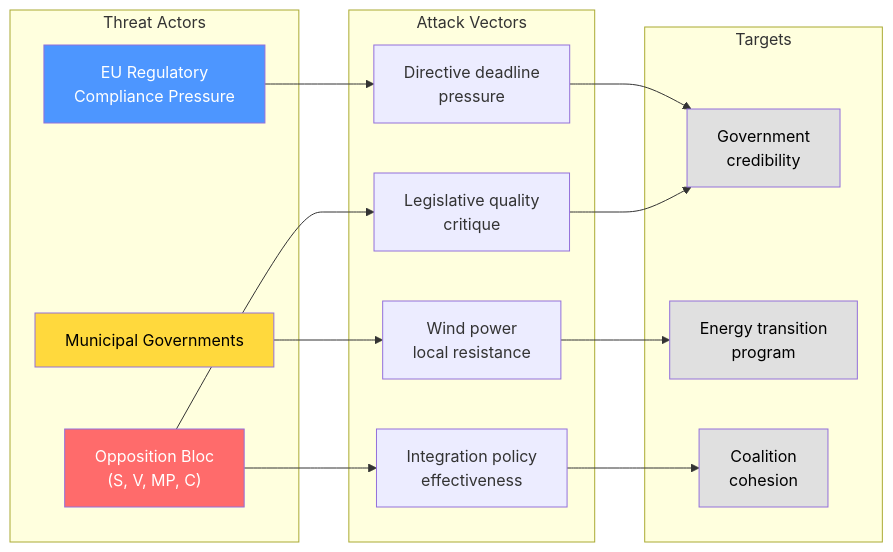
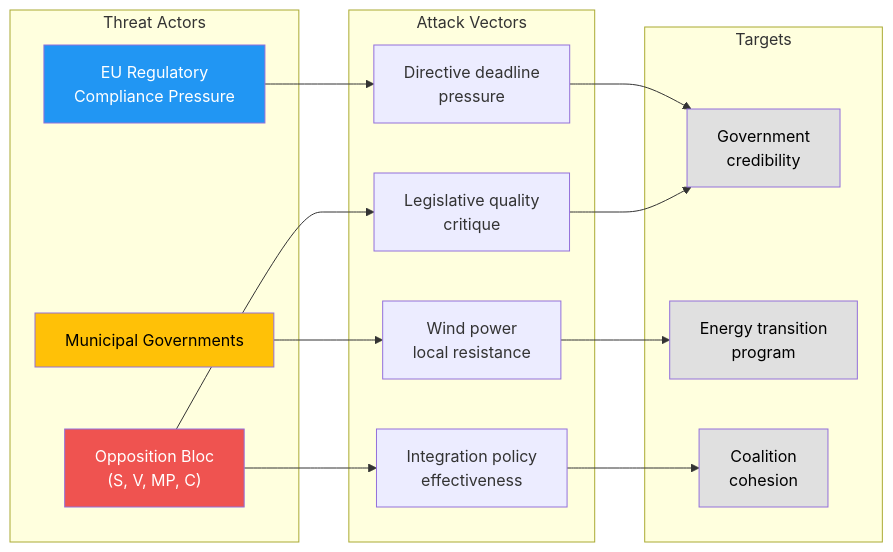
The diagram in analysis/daily/2026-04-14/realtime-1526/threat-analysis.md (Hack23/riksdagsmonitor), drawn with Mermaid before and after one commit. The commit also changed 785 other files, not shown here.

First line of the commit message:
Normalize mermaid colors across 786 analysis artifacts to ISMS Style Guide palette

````diff
--- a/analysis/daily/2026-04-14/realtime-1526/threat-analysis.md
+++ b/analysis/daily/2026-04-14/realtime-1526/threat-analysis.md
@@ -16,29 +16,29 @@
 ```mermaid
 graph LR
     subgraph "Threat Actors"
         OPP["Opposition Bloc<br/>(S, V, MP, C)"]
         MUN["Municipal Governments"]
         EU["EU Regulatory<br/>Compliance Pressure"]
     end
     subgraph "Attack Vectors"
         V1["Legislative quality<br/>critique"]
         V2["Wind power<br/>local resistance"]
         V3["Directive deadline<br/>pressure"]
         V4["Integration policy<br/>effectiveness"]
     end
     subgraph "Targets"
         T1["Government<br/>credibility"]
         T2["Energy transition<br/>program"]
         T3["Coalition<br/>cohesion"]
     end
     OPP --> V1 --> T1
     OPP --> V4 --> T3
     MUN --> V2 --> T2
     EU --> V3 --> T1
-    style OPP fill:#ff6b6b,color:#fff
-    style MUN fill:#ffd93d,color:#000
-    style EU fill:#4d96ff,color:#fff
-    style T1 fill:#e0e0e0,color:#000
-    style T2 fill:#e0e0e0,color:#000
-    style T3 fill:#e0e0e0,color:#000
+    style OPP fill:#EF5350,color:#FFFFFF
+    style MUN fill:#FFC107,color:#000000
+    style EU fill:#2196F3,color:#FFFFFF
+    style T1 fill:#e0e0e0,color:#000000
+    style T2 fill:#e0e0e0,color:#000000
+    style T3 fill:#e0e0e0,color:#000000
 ```
````
